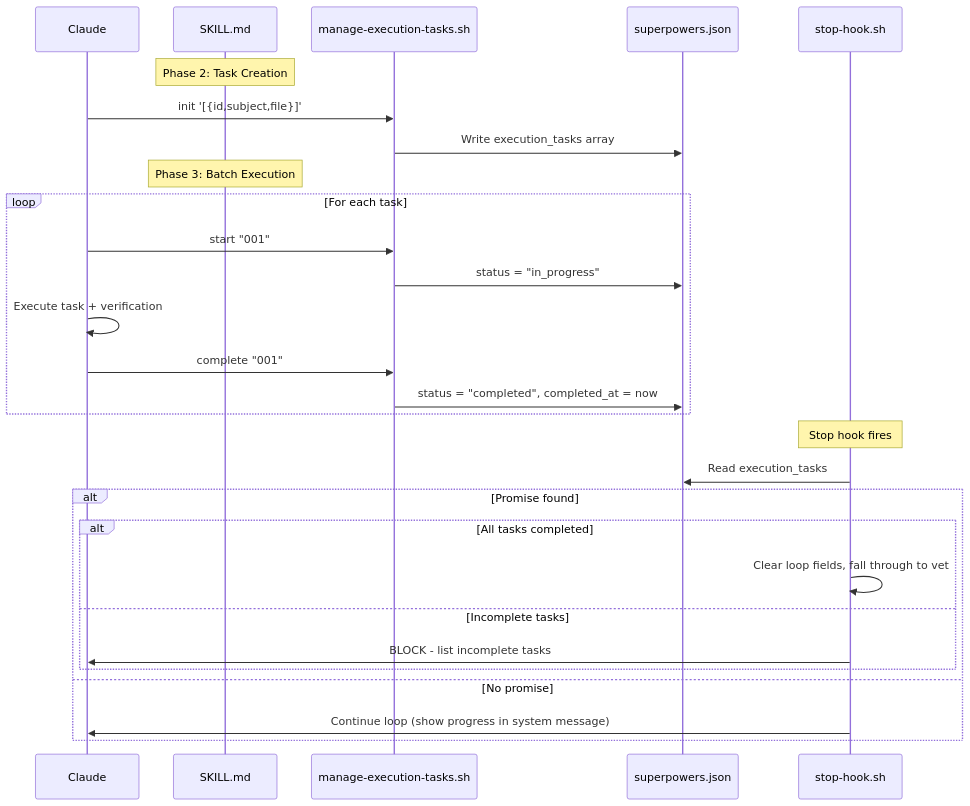
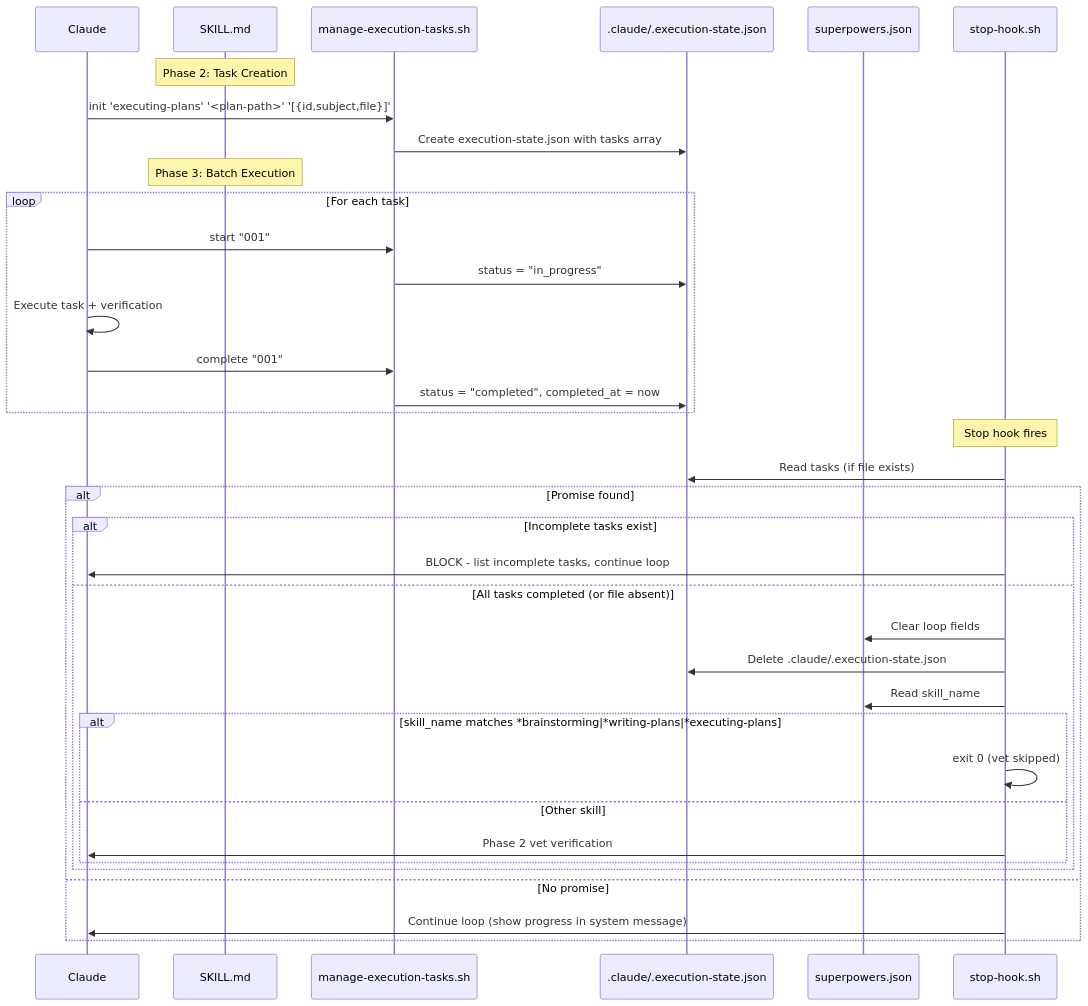
The diagram in docs/plans/2026-03-25-execution-task-tracking-design/architecture.md (FradSer/dotclaude), drawn with Mermaid before and after one commit. The commit also changed other lines of this file and 3 other files, not shown here.

````diff
--- a/docs/plans/2026-03-25-execution-task-tracking-design/architecture.md
+++ b/docs/plans/2026-03-25-execution-task-tracking-design/architecture.md
@@ -5,33 +5,41 @@
 ```mermaid
 sequenceDiagram
     participant C as Claude
     participant S as SKILL.md
     participant M as manage-execution-tasks.sh
+    participant EF as .claude/.execution-state.json
     participant SF as superpowers.json
     participant SH as stop-hook.sh
 
     Note over S: Phase 2: Task Creation
-    C->>M: init '[{id,subject,file}]'
-    M->>SF: Write execution_tasks array
+    C->>M: init 'executing-plans' '<plan-path>' '[{id,subject,file}]'
+    M->>EF: Create execution-state.json with tasks array
 
     Note over S: Phase 3: Batch Execution
     loop For each task
         C->>M: start "001"
-        M->>SF: status = "in_progress"
+        M->>EF: status = "in_progress"
         C->>C: Execute task + verification
         C->>M: complete "001"
-        M->>SF: status = "completed", completed_at = now
+        M->>EF: status = "completed", completed_at = now
     end
 
     Note over SH: Stop hook fires
-    SH->>SF: Read execution_tasks
+    SH->>EF: Read tasks (if file exists)
     alt Promise found
-        alt All tasks completed
-            SH->>SH: Clear loop fields, fall through to vet
-        else Incomplete tasks
-            SH->>C: BLOCK - list incomplete tasks
+        alt Incomplete tasks exist
+            SH->>C: BLOCK - list incomplete tasks, continue loop
+        else All tasks completed (or file absent)
+            SH->>SF: Clear loop fields
+            SH->>EF: Delete .claude/.execution-state.json
+            SH->>SF: Read skill_name
+            alt skill_name matches *brainstorming|*writing-plans|*executing-plans
+                SH->>SH: exit 0 (vet skipped)
+            else Other skill
+                SH->>C: Phase 2 vet verification
+            end
         end
     else No promise
         SH->>C: Continue loop (show progress in system message)
     end
 ```
````
